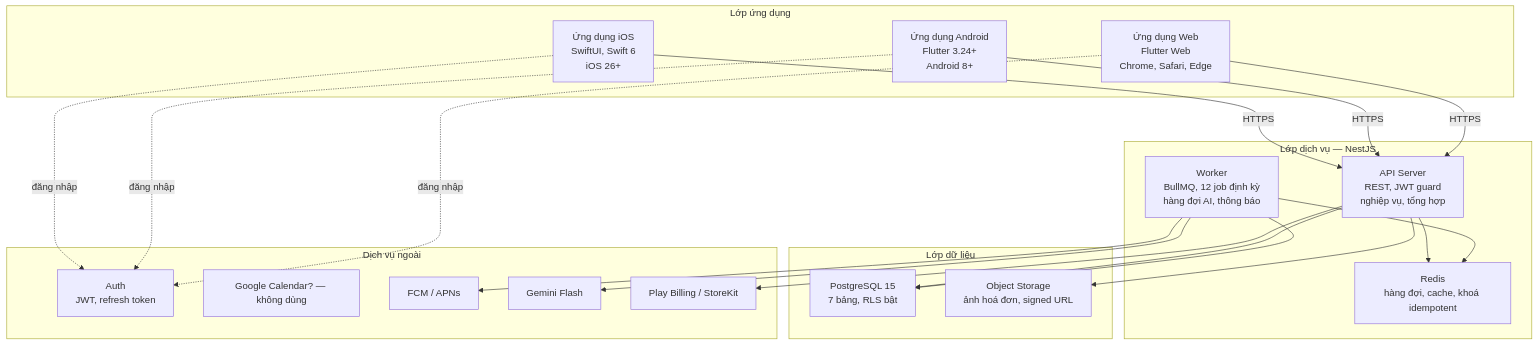
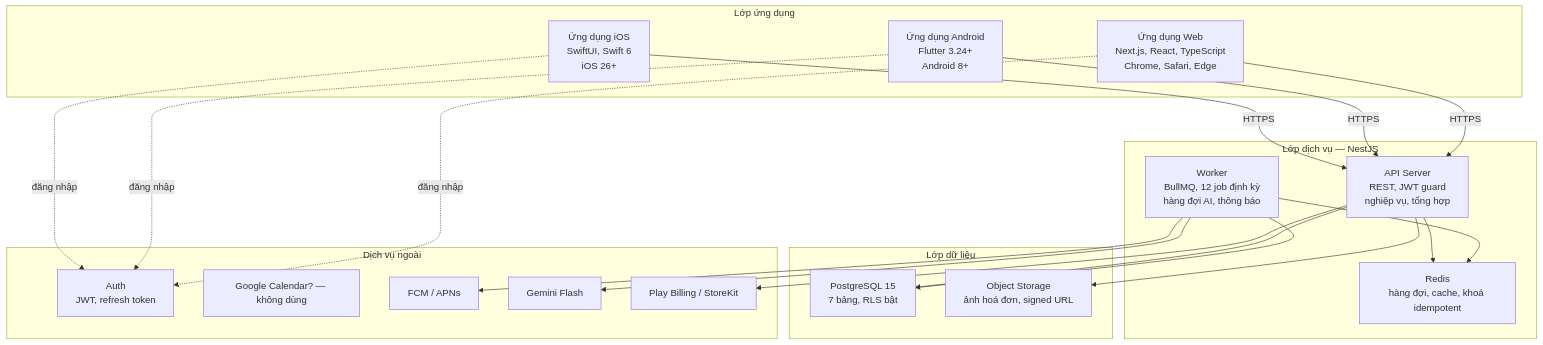
Before and after one commit to ThanhBinhITDev/quan-ly-chi-tieu-va-thu-nhap-ca-nhan: the second of 3 diagrams in docs/system-design/00-architecture.md, drawn with Mermaid. The commit also changed other lines of this file and 18 other files, not shown here.

First line of the commit message:
Web tách khỏi Flutter (Next.js); bỏ flutter_core; thêm nguyên tắc API 08

````diff
--- a/docs/system-design/00-architecture.md
+++ b/docs/system-design/00-architecture.md
@@ -118,42 +117,42 @@
 ```mermaid
 graph TB
     subgraph CLIENT["Lớp ứng dụng"]
         IOS["Ứng dụng iOS<br/>SwiftUI, Swift 6<br/>iOS 26+"]
         AND["Ứng dụng Android<br/>Flutter 3.24+<br/>Android 8+"]
-        WEB["Ứng dụng Web<br/>Flutter Web<br/>Chrome, Safari, Edge"]
+        WEB["Ứng dụng Web<br/>Next.js, React, TypeScript<br/>Chrome, Safari, Edge"]
     end
 
     subgraph SVC["Lớp dịch vụ — NestJS"]
         API["API Server<br/>REST, JWT guard<br/>nghiệp vụ, tổng hợp"]
         WRK["Worker<br/>BullMQ, 12 job định kỳ<br/>hàng đợi AI, thông báo"]
         RED["Redis<br/>hàng đợi, cache, khoá idempotent"]
     end
 
     subgraph DATA["Lớp dữ liệu"]
         PG["PostgreSQL 15<br/>7 bảng, RLS bật"]
         OBJ["Object Storage<br/>ảnh hoá đơn, signed URL"]
     end
 
     subgraph EXT["Dịch vụ ngoài"]
         AUTH["Auth<br/>JWT, refresh token"]
         GC["Google Calendar? — không dùng"]
         PUSH["FCM / APNs"]
         LLM["Gemini Flash"]
         BILL["Play Billing / StoreKit"]
     end
 
     IOS -->|HTTPS| API
     AND -->|HTTPS| API
     WEB -->|HTTPS| API
     IOS -.->|đăng nhập| AUTH
     AND -.->|đăng nhập| AUTH
     WEB -.->|đăng nhập| AUTH
     API --> PG
     API --> OBJ
     API --> RED
     WRK --> PG
     WRK --> RED
     WRK --> PUSH
     WRK --> LLM
     API --> BILL
 ```
````
